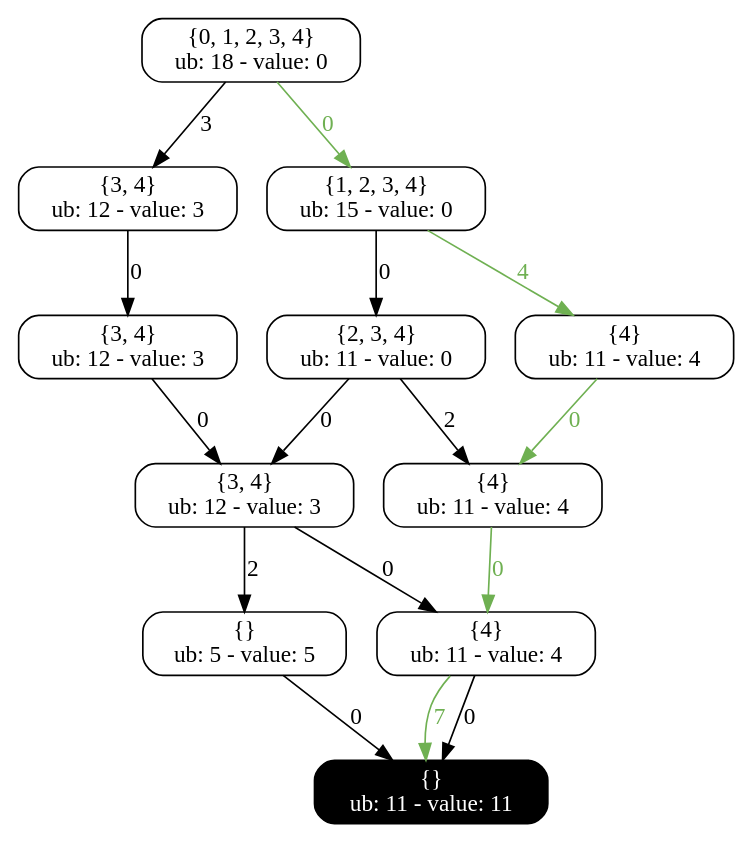
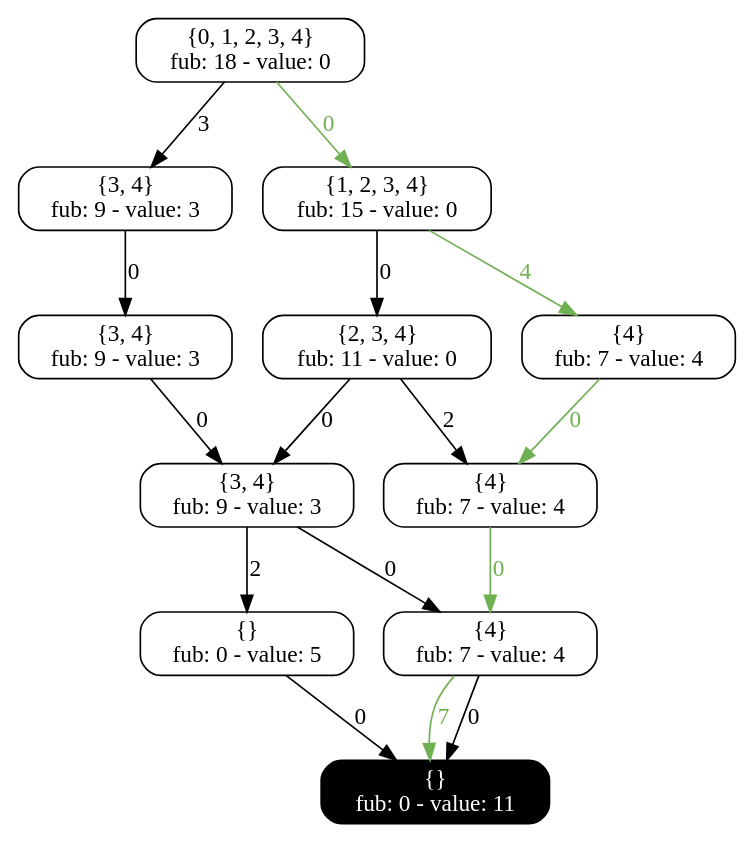
One commit to DDOLIB-CETIC-UCL/DDOLib changed the diagram in output/Misp_exact.dot. Above: the diagram before and after it, drawn with Graphviz. The commit also changed 5 other files, not shown here.

```diff
--- a/output/Misp_exact.dot
+++ b/output/Misp_exact.dot
@@ -1,39 +1,39 @@
 digraph exact{
-883049899 [label="{0, 1, 2, 3, 4}
-ub: 18 - value: 0", style=rounded, shape=rectangle, tooltip="Exact node"];
-317574433 [label="{3, 4}
-ub: 12 - value: 3", style=rounded, shape=rectangle, tooltip="Exact node"];
-1587487668 [label="{1, 2, 3, 4}
-ub: 15 - value: 0", style=rounded, shape=rectangle, tooltip="Exact node"];
-932172204 [label="{4}
-ub: 11 - value: 4", style=rounded, shape=rectangle, tooltip="Exact node"];
-1848402763 [label="{3, 4}
-ub: 12 - value: 3", style=rounded, shape=rectangle, tooltip="Exact node"];
-2121055098 [label="{2, 3, 4}
-ub: 11 - value: 0", style=rounded, shape=rectangle, tooltip="Exact node"];
-1896277646 [label="{4}
-ub: 11 - value: 4", style=rounded, shape=rectangle, tooltip="Exact node"];
-1996181658 [label="{3, 4}
-ub: 12 - value: 3", style=rounded, shape=rectangle, tooltip="Exact node"];
-1296064247 [label="{4}
-ub: 11 - value: 4", style=rounded, shape=rectangle, tooltip="Exact node"];
-205797316 [label="{}
-ub: 5 - value: 5", style=rounded, shape=rectangle, tooltip="Exact node"];
-1066516207 [label="{}
-ub: 11 - value: 11", style=rounded, shape=rectangle, tooltip="Exact node", style="filled, rounded", shape=rectangle, color=black, fontcolor=white, tooltip="Terminal node"];
-932172204 -> 1896277646 [label=0, tooltip="Decision: assign 0 to var 2", color="#6fb052", fontcolor="#6fb052"];
-1996181658 -> 205797316 [label=2, tooltip="Decision: assign 1 to var 3"];
-1587487668 -> 2121055098 [label=0, tooltip="Decision: assign 0 to var 1"];
-2121055098 -> 1996181658 [label=0, tooltip="Decision: assign 0 to var 2"];
-2121055098 -> 1896277646 [label=2, tooltip="Decision: assign 1 to var 2"];
-1848402763 -> 1996181658 [label=0, tooltip="Decision: assign 0 to var 2"];
-1296064247 -> 1066516207 [label=0, tooltip="Decision: assign 0 to var 4"];
-1587487668 -> 932172204 [label=4, tooltip="Decision: assign 1 to var 1", color="#6fb052", fontcolor="#6fb052"];
-317574433 -> 1848402763 [label=0, tooltip="Decision: assign 0 to var 1"];
-1896277646 -> 1296064247 [label=0, tooltip="Decision: assign 0 to var 3", color="#6fb052", fontcolor="#6fb052"];
-205797316 -> 1066516207 [label=0, tooltip="Decision: assign 0 to var 4"];
-1996181658 -> 1296064247 [label=0, tooltip="Decision: assign 0 to var 3"];
-1296064247 -> 1066516207 [label=7, tooltip="Decision: assign 1 to var 4", color="#6fb052", fontcolor="#6fb052"];
-883049899 -> 1587487668 [label=0, tooltip="Decision: assign 0 to var 0", color="#6fb052", fontcolor="#6fb052"];
-883049899 -> 317574433 [label=3, tooltip="Decision: assign 1 to var 0"];
+0 [label="{0, 1, 2, 3, 4}
+fub: 18 - value: 0", style=rounded, shape=rectangle, tooltip="Exact node"];
+2 [label="{3, 4}
+fub: 9 - value: 3", style=rounded, shape=rectangle, tooltip="Exact node"];
+1 [label="{1, 2, 3, 4}
+fub: 15 - value: 0", style=rounded, shape=rectangle, tooltip="Exact node"];
+5 [label="{4}
+fub: 7 - value: 4", style=rounded, shape=rectangle, tooltip="Exact node"];
+3 [label="{3, 4}
+fub: 9 - value: 3", style=rounded, shape=rectangle, tooltip="Exact node"];
+4 [label="{2, 3, 4}
+fub: 11 - value: 0", style=rounded, shape=rectangle, tooltip="Exact node"];
+6 [label="{4}
+fub: 7 - value: 4", style=rounded, shape=rectangle, tooltip="Exact node"];
+7 [label="{3, 4}
+fub: 9 - value: 3", style=rounded, shape=rectangle, tooltip="Exact node"];
+8 [label="{4}
+fub: 7 - value: 4", style=rounded, shape=rectangle, tooltip="Exact node"];
+9 [label="{}
+fub: 0 - value: 5", style=rounded, shape=rectangle, tooltip="Exact node"];
+10 [label="{}
+fub: 0 - value: 11", style=rounded, shape=rectangle, tooltip="Exact node", style="filled, rounded", shape=rectangle, color=black, fontcolor=white, tooltip="Terminal node"];
+2 -> 3 [label=0, tooltip="Decision: assign 0 to var 1"];
+1 -> 4 [label=0, tooltip="Decision: assign 0 to var 1"];
+7 -> 8 [label=0, tooltip="Decision: assign 0 to var 3"];
+8 -> 10 [label=0, tooltip="Decision: assign 0 to var 4"];
+9 -> 10 [label=0, tooltip="Decision: assign 0 to var 4"];
+4 -> 6 [label=2, tooltip="Decision: assign 1 to var 2"];
+8 -> 10 [label=7, tooltip="Decision: assign 1 to var 4", color="#6fb052", fontcolor="#6fb052"];
+0 -> 1 [label=0, tooltip="Decision: assign 0 to var 0", color="#6fb052", fontcolor="#6fb052"];
+6 -> 8 [label=0, tooltip="Decision: assign 0 to var 3", color="#6fb052", fontcolor="#6fb052"];
+0 -> 2 [label=3, tooltip="Decision: assign 1 to var 0"];
+4 -> 7 [label=0, tooltip="Decision: assign 0 to var 2"];
+1 -> 5 [label=4, tooltip="Decision: assign 1 to var 1", color="#6fb052", fontcolor="#6fb052"];
+3 -> 7 [label=0, tooltip="Decision: assign 0 to var 2"];
+5 -> 6 [label=0, tooltip="Decision: assign 0 to var 2", color="#6fb052", fontcolor="#6fb052"];
+7 -> 9 [label=2, tooltip="Decision: assign 1 to var 3"];
 }
```
